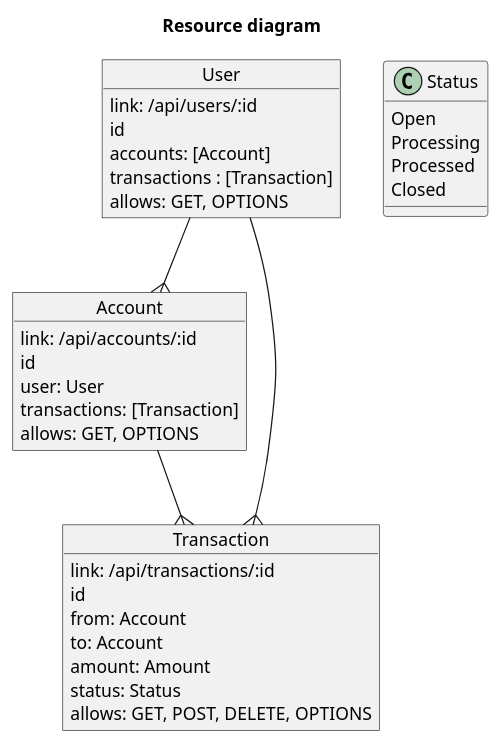
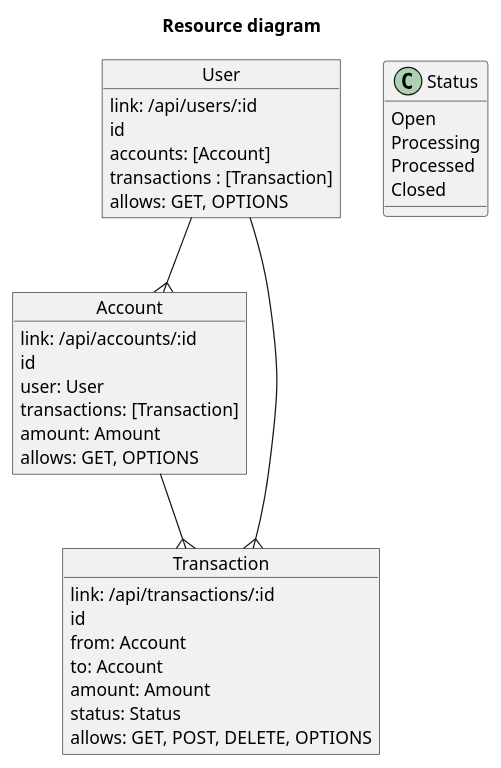
Before and after one commit to aardvark/restfull-payments: the diagram in doc/erd.puml, drawn with PlantUML. The commit also changed 46 other files, not shown here.

```diff
--- a/doc/erd.puml
+++ b/doc/erd.puml
@@ -1,43 +1,44 @@
 @startuml
 title  Resource diagram
 
 object User {
   link: /api/users/:id
   id
   accounts: [Account]
   transactions : [Transaction]
   allows: GET, OPTIONS
 }
 
 
 object Account {
   link: /api/accounts/:id
   id
   user: User
   transactions: [Transaction]
+  amount: Amount
   allows: GET, OPTIONS
 }
 
 object Transaction {
   link: /api/transactions/:id
   id
   from: Account
   to: Account
   amount: Amount
   status: Status
   allows: GET, POST, DELETE, OPTIONS
 }
 
 User --{ Account
 User --{ Transaction
 
 Account --{ Transaction
 
 class Status {
   Open
   Processing
   Processed
   Closed
 }
 
 @enduml
```
